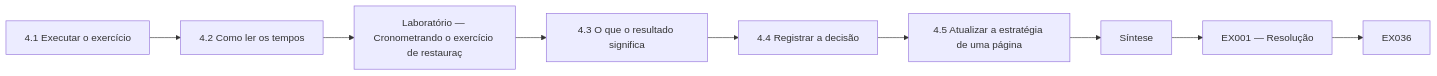
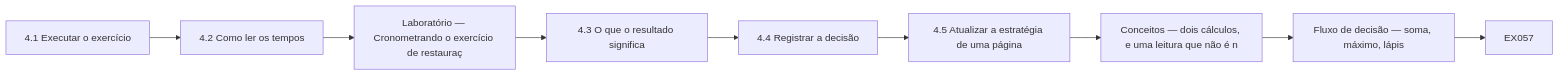
Diagram 11 of 12 in levels/rapid-1-month/security-governance-risk-compliance/pt/book/MANUSCRIPT.md (hiagokinlevi/CyKin), drawn with Mermaid before and after one commit. The commit also changed other lines of this file and 1 other file, not shown here.

````diff
--- a/levels/rapid-1-month/security-governance-risk-compliance/pt/book/MANUSCRIPT.md
+++ b/levels/rapid-1-month/security-governance-risk-compliance/pt/book/MANUSCRIPT.md
@@ -534,12 +679,12 @@
 ```mermaid
 flowchart LR
   N0["4.1 Executar o exercício"]
   N1["4.2 Como ler os tempos"]
   N2["Laboratório — Cronometrando o exercício de restauraç"]
   N3["4.3 O que o resultado significa"]
   N4["4.4 Registrar a decisão"]
   N5["4.5 Atualizar a estratégia de uma página"]
-  N6["Síntese"]
-  N7["EX001 — Resolução"]
-  N0 --> N1 --> N2 --> N3 --> N4 --> N5 --> N6 --> N7 --> Q["EX036"]
+  N6["Conceitos — dois cálculos, e uma leitura que não é n"]
+  N7["Fluxo de decisão — soma, máximo, lápis"]
+  N0 --> N1 --> N2 --> N3 --> N4 --> N5 --> N6 --> N7 --> Q["EX057"]
 ```
````
